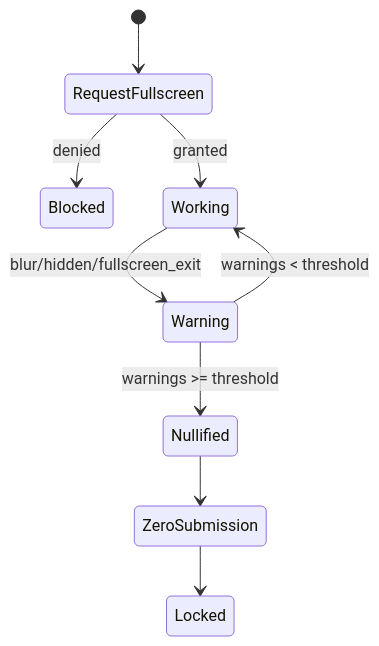
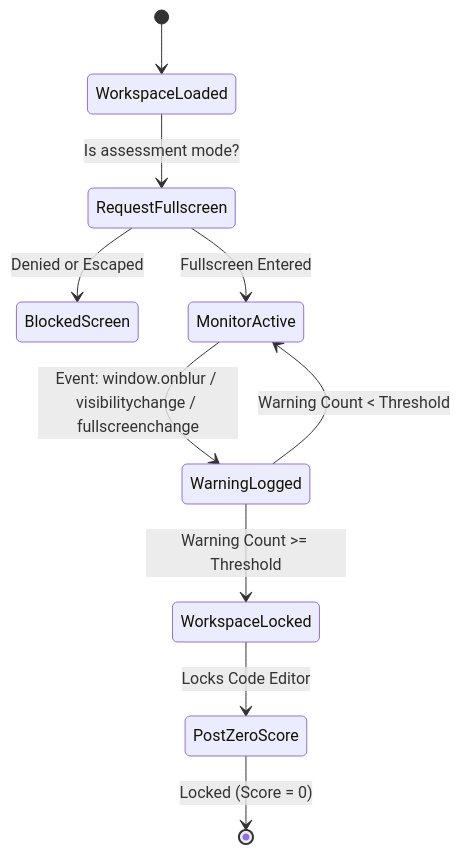
The second of 2 diagrams in design.md (oop-uet/olp), drawn with Mermaid before and after one commit. The commit also changed other lines of this file and 8 other files, not shown here.

````diff
--- a/design.md
+++ b/design.md
@@ -584,11 +263,14 @@
 ```mermaid
 stateDiagram-v2
-    [*] --> RequestFullscreen
-    RequestFullscreen --> Blocked: denied
-    RequestFullscreen --> Working: granted
-    Working --> Warning: blur/hidden/fullscreen_exit
-    Warning --> Working: warnings < threshold
-    Warning --> Nullified: warnings >= threshold
-    Nullified --> ZeroSubmission
-    ZeroSubmission --> Locked
+    [*] --> WorkspaceLoaded
+    WorkspaceLoaded --> RequestFullscreen : Is assessment mode?
+    RequestFullscreen --> BlockedScreen : Denied or Escaped
+    RequestFullscreen --> MonitorActive : Fullscreen Entered
+    
+    MonitorActive --> WarningLogged : Event: window.onblur / visibilitychange / fullscreenchange
+    WarningLogged --> MonitorActive : Warning Count < Threshold
+    WarningLogged --> WorkspaceLocked : Warning Count >= Threshold
+    
+    WorkspaceLocked --> PostZeroScore : Locks Code Editor
+    PostZeroScore --> [*] : Locked (Score = 0)
 ```
````
